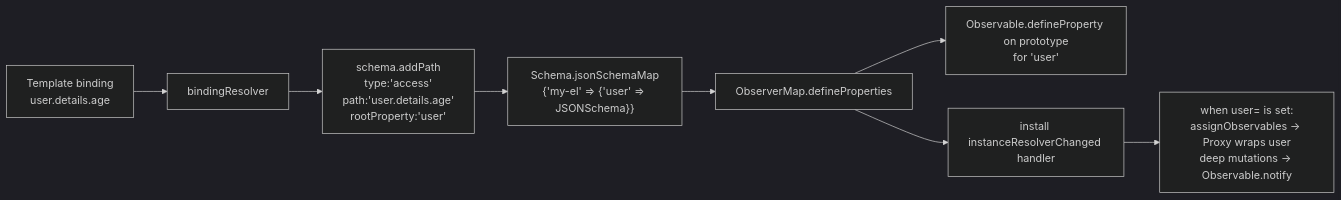
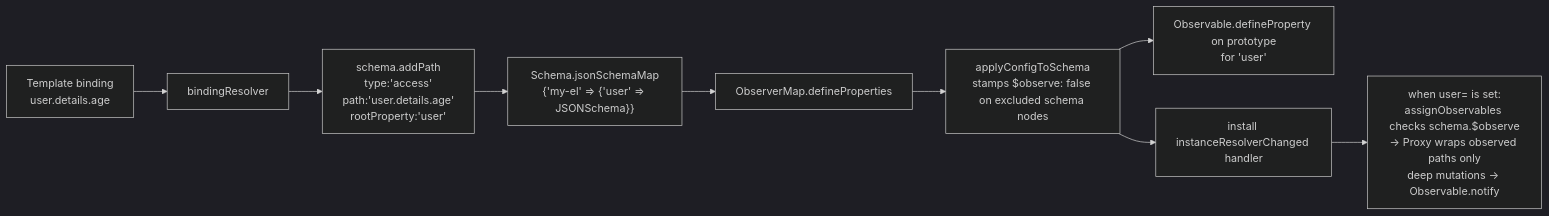
The third of 4 diagrams in packages/fast-html/DESIGN.md (microsoft/fast), drawn with Mermaid (dark theme) before and after one commit. The commit also changed other lines of this file and 17 other files, not shown here.

````diff
--- a/packages/fast-html/DESIGN.md
+++ b/packages/fast-html/DESIGN.md
@@ -287,10 +334,11 @@
 ```mermaid
 flowchart LR
     A["Template binding\nuser.details.age"] --> B[bindingResolver]
     B --> C[schema.addPath\ntype:'access'\npath:'user.details.age'\nrootProperty:'user']
     C --> D["Schema.jsonSchemaMap\n{'my-el' => {'user' => JSONSchema}}"]
     D --> E[ObserverMap.defineProperties]
-    E --> F[Observable.defineProperty on prototype\nfor 'user']
-    E --> G[install instanceResolverChanged handler]
-    G --> H[when user= is set:\nassignObservables → Proxy wraps user\ndeep mutations → Observable.notify]
+    E --> E1["applyConfigToSchema\nstamps $observe: false on excluded schema nodes"]
+    E1 --> F[Observable.defineProperty on prototype\nfor 'user']
+    E1 --> G[install instanceResolverChanged handler]
+    G --> H["when user= is set:\nassignObservables checks schema.$observe\n→ Proxy wraps observed paths only\ndeep mutations → Observable.notify"]
 ```
````
